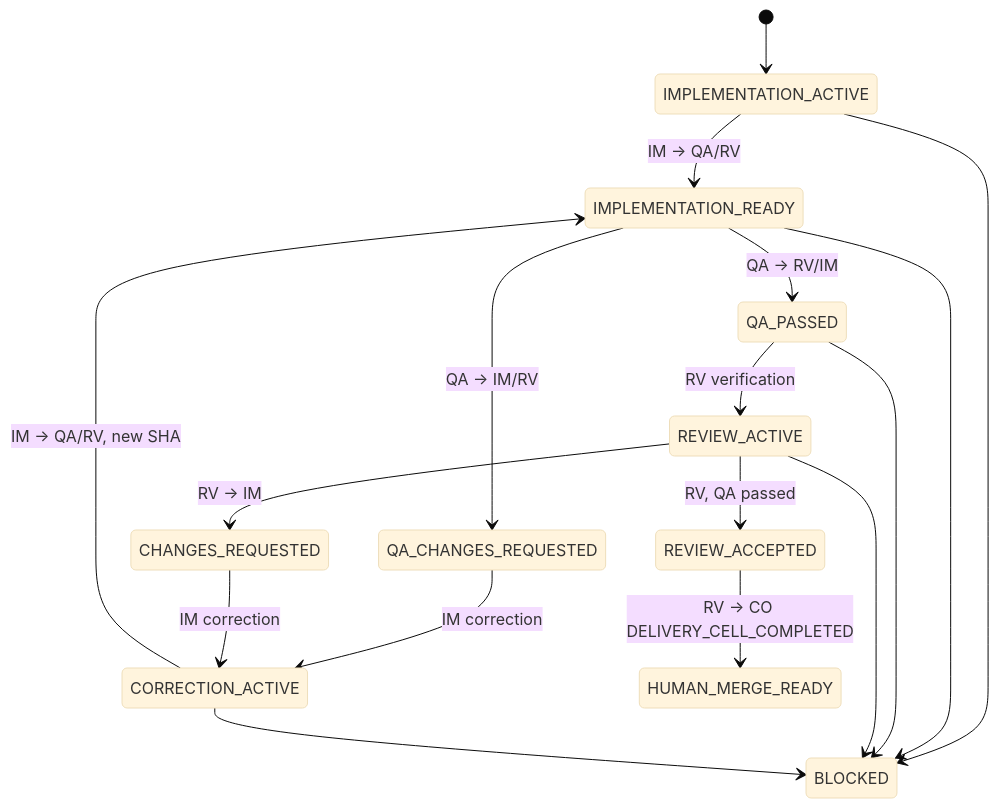
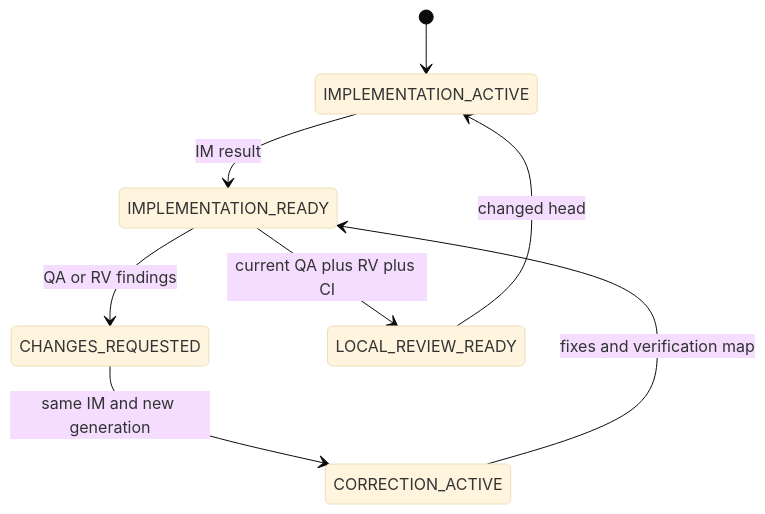
Before and after one commit to barucoh/pleiad: the second of 2 diagrams in skills/bootstrap-pleiad/assets/repository/docs/pleiad/coordination.md, drawn with Mermaid (base theme). The commit also changed other lines of this file and 45 other files, not shown here.

````diff
--- a/skills/bootstrap-pleiad/assets/repository/docs/pleiad/coordination.md
+++ b/skills/bootstrap-pleiad/assets/repository/docs/pleiad/coordination.md
@@ -45,19 +20,10 @@
 ```mermaid
 stateDiagram-v2
-  [*] --> IMPLEMENTATION_ACTIVE
-  IMPLEMENTATION_ACTIVE --> IMPLEMENTATION_READY: IM -> QA/RV
-  IMPLEMENTATION_READY --> QA_PASSED: QA -> RV/IM
-  IMPLEMENTATION_READY --> QA_CHANGES_REQUESTED: QA -> IM/RV
-  QA_PASSED --> REVIEW_ACTIVE: RV verification
-  REVIEW_ACTIVE --> CHANGES_REQUESTED: RV -> IM
-  QA_CHANGES_REQUESTED --> CORRECTION_ACTIVE: IM correction
-  CHANGES_REQUESTED --> CORRECTION_ACTIVE: IM correction
-  CORRECTION_ACTIVE --> IMPLEMENTATION_READY: IM -> QA/RV, new SHA
-  REVIEW_ACTIVE --> REVIEW_ACCEPTED: RV, QA passed
-  REVIEW_ACCEPTED --> HUMAN_MERGE_READY: RV -> CO DELIVERY_CELL_COMPLETED
-  IMPLEMENTATION_ACTIVE --> BLOCKED
-  IMPLEMENTATION_READY --> BLOCKED
-  QA_PASSED --> BLOCKED
-  REVIEW_ACTIVE --> BLOCKED
-  CORRECTION_ACTIVE --> BLOCKED
+    [*] --> IMPLEMENTATION_ACTIVE
+    IMPLEMENTATION_ACTIVE --> IMPLEMENTATION_READY: IM result
+    IMPLEMENTATION_READY --> CHANGES_REQUESTED: QA or RV findings
+    CHANGES_REQUESTED --> CORRECTION_ACTIVE: same IM and new generation
+    CORRECTION_ACTIVE --> IMPLEMENTATION_READY: fixes and verification map
+    IMPLEMENTATION_READY --> LOCAL_REVIEW_READY: current QA plus RV plus CI
+    LOCAL_REVIEW_READY --> IMPLEMENTATION_ACTIVE: changed head
 ```
````
